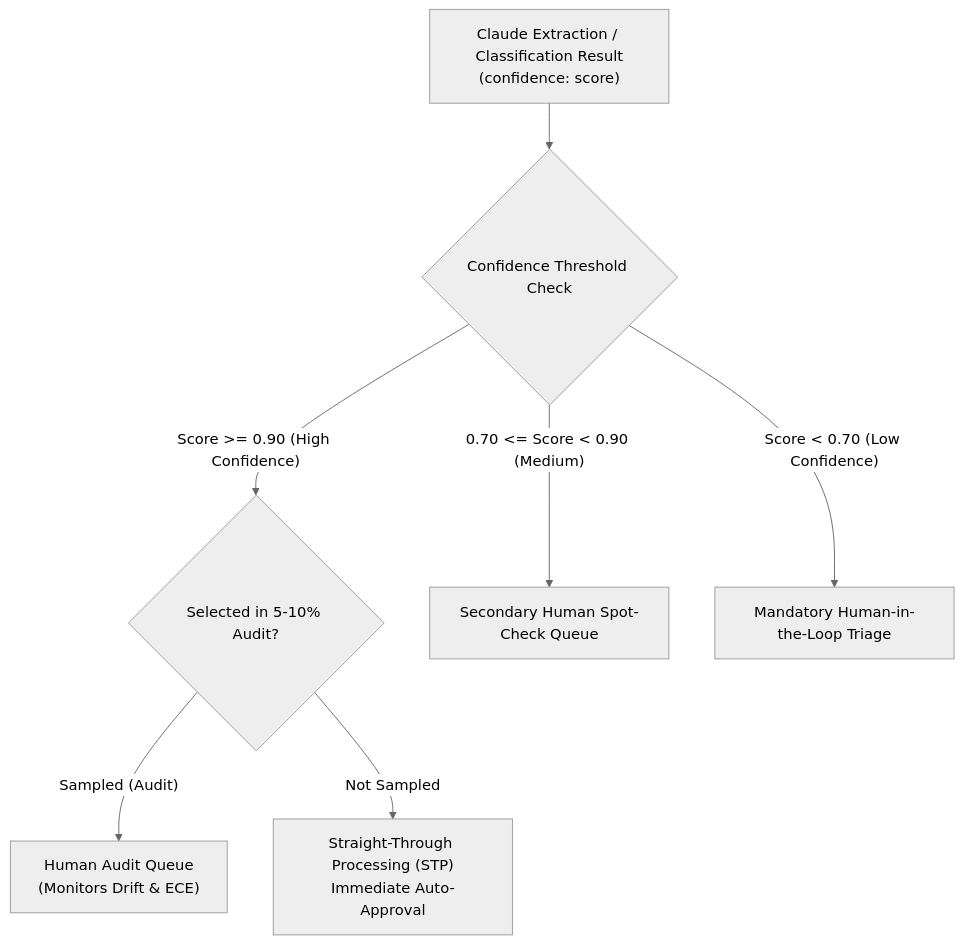
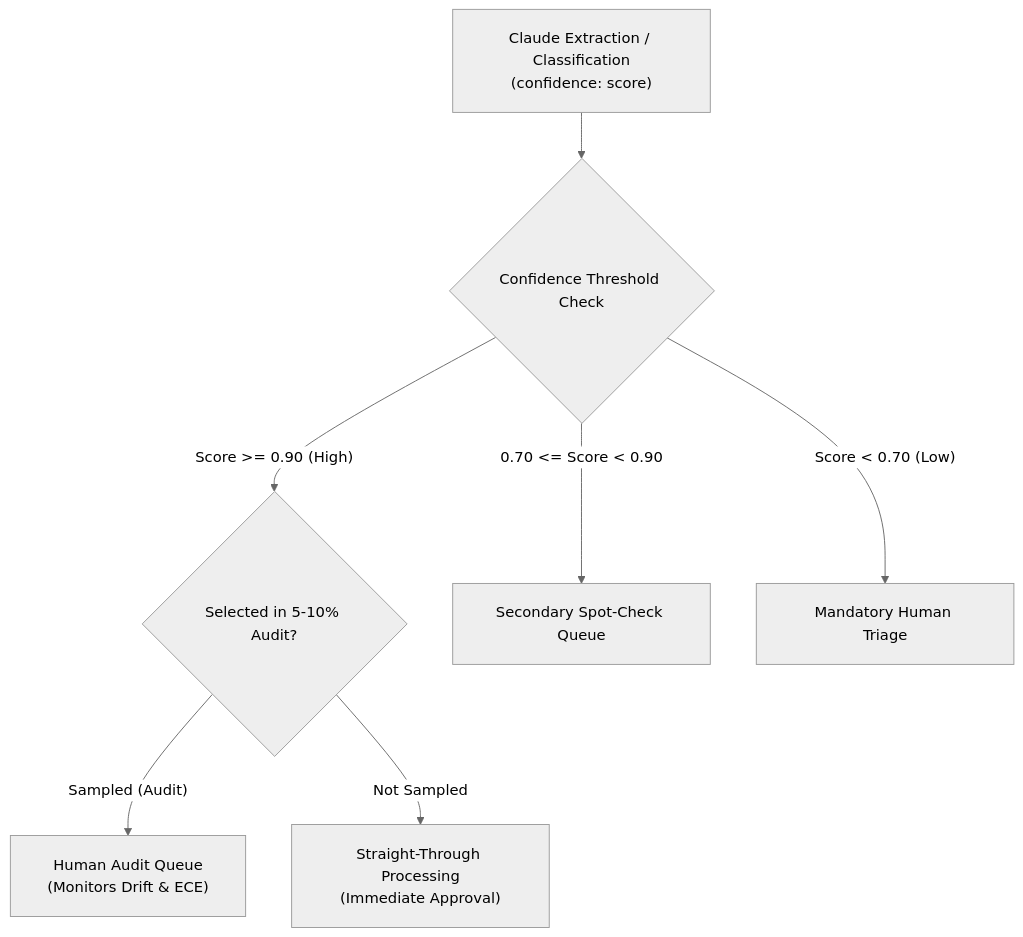
Before and after one commit to dip4k/claude_cert_architect_foundation_prep: the diagram in domain5/ts_5_5_human_review_calibration/README.md, drawn with Mermaid (neutral theme). The commit also changed 31 other files, not shown here.

First line of the commit message:
docs(diagrams): fix text trimming, padding, and layout in all mermaid diagrams

````diff
--- a/domain5/ts_5_5_human_review_calibration/README.md
+++ b/domain5/ts_5_5_human_review_calibration/README.md
@@ -10,13 +10,14 @@
 ```mermaid
+%%{init: {"flowchart": {"htmlLabels": true, "padding": 20}}}%%
 flowchart TD
-    Pred["Claude Extraction / Classification Result<br/>(confidence: score)"] --> Router{"Confidence Threshold Check"}
+    Pred["Claude Extraction / Classification<br/>(confidence: score)"] --> Router{"Confidence Threshold Check"}
     
-    Router -- "Score >= 0.90 (High Confidence)" --> SamplingCheck{"Selected in 5-10% Audit?"}
+    Router -- "Score >= 0.90 (High)" --> SamplingCheck{"Selected in 5-10% Audit?"}
     
     SamplingCheck -- "Sampled (Audit)" --> HumanAudit["Human Audit Queue<br/>(Monitors Drift & ECE)"]
-    SamplingCheck -- "Not Sampled" --> AutoApprove["Straight-Through Processing (STP)<br/>Immediate Auto-Approval"]
+    SamplingCheck -- "Not Sampled" --> AutoApprove["Straight-Through Processing<br/>(Immediate Approval)"]
     
-    Router -- "0.70 <= Score < 0.90 (Medium)" --> AsyncReview["Secondary Human Spot-Check Queue"]
+    Router -- "0.70 <= Score < 0.90" --> AsyncReview["Secondary Spot-Check Queue"]
     
-    Router -- "Score < 0.70 (Low Confidence)" --> SyncEscalation["Mandatory Human-in-the-Loop Triage"]
+    Router -- "Score < 0.70 (Low)" --> SyncEscalation["Mandatory Human Triage"]
 ```
````
